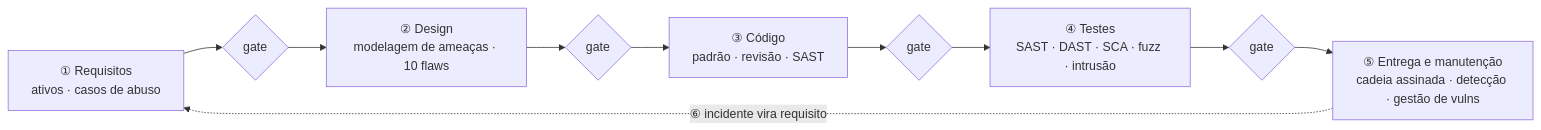
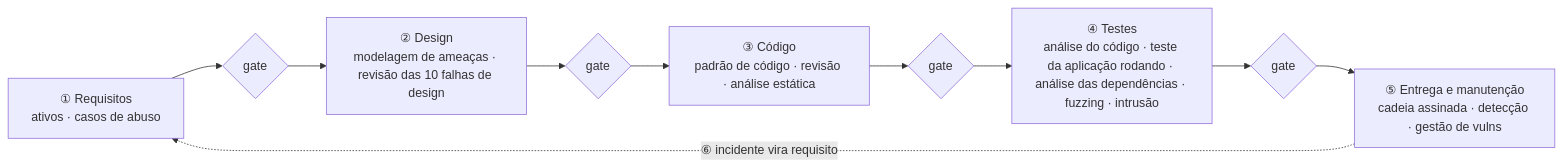
One commit to CosmIA-Lab/LAB-SDLC-IA-SEC changed the diagram in 01-ciclo-de-vida-seguro/dissertacao-modelo.md. Above: the diagram before and after it, drawn with Mermaid. The commit also changed 8 other files, not shown here.

````diff
--- a/01-ciclo-de-vida-seguro/dissertacao-modelo.md
+++ b/01-ciclo-de-vida-seguro/dissertacao-modelo.md
@@ -42,5 +42,5 @@
 ```mermaid
 flowchart LR
-    R["① Requisitos<br/>ativos · casos de abuso"] --> g1{gate} --> D["② Design<br/>modelagem de ameaças · 10 flaws"] --> g2{gate} --> C["③ Código<br/>padrão · revisão · SAST"] --> g3{gate} --> T["④ Testes<br/>SAST · DAST · SCA · fuzz · intrusão"] --> g4{gate} --> M["⑤ Entrega e manutenção<br/>cadeia assinada · detecção · gestão de vulns"]
+    R["① Requisitos<br/>ativos · casos de abuso"] --> g1{gate} --> D["② Design<br/>modelagem de ameaças · revisão das 10 falhas de design"] --> g2{gate} --> C["③ Código<br/>padrão de código · revisão · análise estática"] --> g3{gate} --> T["④ Testes<br/>análise do código · teste da aplicação rodando · análise das dependências · fuzzing · intrusão"] --> g4{gate} --> M["⑤ Entrega e manutenção<br/>cadeia assinada · detecção · gestão de vulns"]
     M -. "⑥ incidente vira requisito" .-> R
 ```
````
